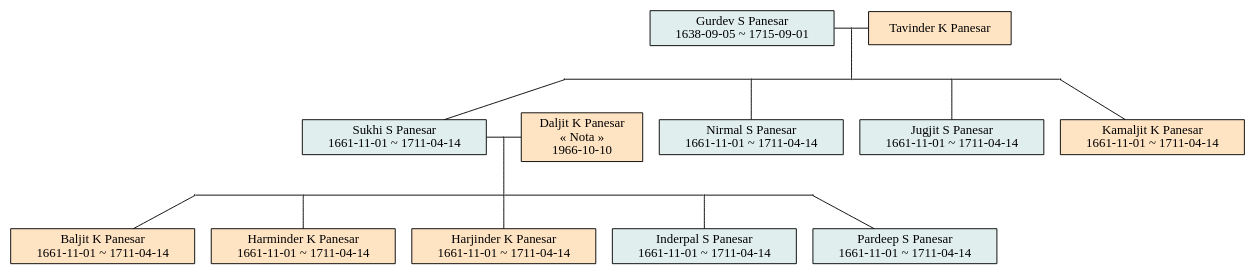
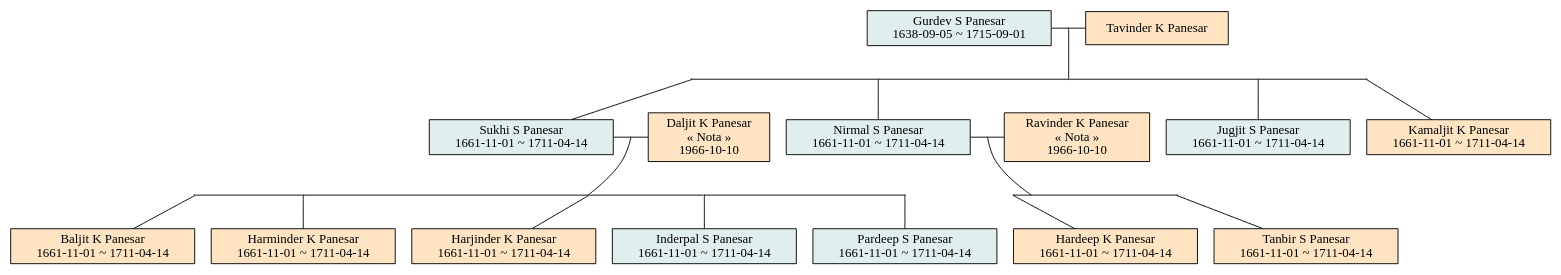
Before and after one commit to indipanesar96/familytreemaker: the diagram in Panesarfamily.dot, drawn with Graphviz. The commit also changed 2 other files, not shown here.

Commit message:
Added Nirmal

```diff
--- a/Panesarfamily.dot
+++ b/Panesarfamily.dot
@@ -1,64 +1,79 @@
 digraph {
 	node [shape=box];
 	edge [dir=none];
 
 	GurdevSPanesar[label="Gurdev S Panesar\n1638-09-05 ~ 1715-09-01",style=filled,fillcolor=azure2];
 	TavinderKPanesar[label="Tavinder K Panesar",style=filled,fillcolor=bisque];
 	Sukhi[label="Sukhi S Panesar\n1661-11-01 ~ 1711-04-14",style=filled,fillcolor=azure2];
-	Nim[label="Nirmal S Panesar\n1661-11-01 ~ 1711-04-14",style=filled,fillcolor=azure2];
+	Nirmal[label="Nirmal S Panesar\n1661-11-01 ~ 1711-04-14",style=filled,fillcolor=azure2];
 	Jugjit[label="Jugjit S Panesar\n1661-11-01 ~ 1711-04-14",style=filled,fillcolor=azure2];
 	Kamaljit[label="Kamaljit K Panesar\n1661-11-01 ~ 1711-04-14",style=filled,fillcolor=bisque];
 	DaljitKPanesar[label="Daljit K Panesar\n« Nota »\n1966-10-10",style=filled,fillcolor=bisque];
 	Baljit[label="Baljit K Panesar\n1661-11-01 ~ 1711-04-14",style=filled,fillcolor=bisque];
 	Harminder[label="Harminder K Panesar\n1661-11-01 ~ 1711-04-14",style=filled,fillcolor=bisque];
 	Harjinder[label="Harjinder K Panesar\n1661-11-01 ~ 1711-04-14",style=filled,fillcolor=bisque];
 	Inderpal[label="Inderpal S Panesar\n1661-11-01 ~ 1711-04-14",style=filled,fillcolor=azure2];
 	Pardeep[label="Pardeep S Panesar\n1661-11-01 ~ 1711-04-14",style=filled,fillcolor=azure2];
+	Ravinder[label="Ravinder K Panesar\n« Nota »\n1966-10-10",style=filled,fillcolor=bisque];
+	Hardeep[label="Hardeep K Panesar\n1661-11-01 ~ 1711-04-14",style=filled,fillcolor=bisque];
+	Tanbir[label="Tanbir S Panesar\n1661-11-01 ~ 1711-04-14",style=filled,fillcolor=bisque];
 
 	{ rank=same;
 		GurdevSPanesar -> h0 -> TavinderKPanesar;
 		h0[shape=circle,label="",height=0.01,width=0.01];
 	}
 	{ rank=same;
 		h0_0 -> h0_1 -> h0_2 -> h0_3 -> h0_4;
 		h0_0[shape=circle,label="",height=0.01,width=0.01];
 		h0_1[shape=circle,label="",height=0.01,width=0.01];
 		h0_2[shape=circle,label="",height=0.01,width=0.01];
 		h0_3[shape=circle,label="",height=0.01,width=0.01];
 		h0_4[shape=circle,label="",height=0.01,width=0.01];
 	}
 		h0 -> h0_2;
 		h0_0 -> Sukhi;
-		h0_1 -> Nim;
+		h0_1 -> Nirmal;
 		h0_3 -> Jugjit;
 		h0_4 -> Kamaljit;
 	{ rank=same;
 		Sukhi -> h1 -> DaljitKPanesar;
 		h1[shape=circle,label="",height=0.01,width=0.01];
-		DaljitKPanesar -> Nim [style=invis];
-		Nim -> Jugjit [style=invis];
+		DaljitKPanesar -> Nirmal [style=invis];
+		Nirmal -> h2 -> Ravinder;
+		h2[shape=circle,label="",height=0.01,width=0.01];
+		Ravinder -> Jugjit [style=invis];
 		Jugjit -> Kamaljit [style=invis];
 	}
 	{ rank=same;
 		h1_0 -> h1_1 -> h1_2 -> h1_3 -> h1_4;
 		h1_0[shape=circle,label="",height=0.01,width=0.01];
 		h1_1[shape=circle,label="",height=0.01,width=0.01];
 		h1_2[shape=circle,label="",height=0.01,width=0.01];
 		h1_3[shape=circle,label="",height=0.01,width=0.01];
 		h1_4[shape=circle,label="",height=0.01,width=0.01];
+		h1_4 -> h2_0 [style=invis];
+		h2_0 -> h2_1 -> h2_2;
+		h2_0[shape=circle,label="",height=0.01,width=0.01];
+		h2_1[shape=circle,label="",height=0.01,width=0.01];
+		h2_2[shape=circle,label="",height=0.01,width=0.01];
 	}
 		h1 -> h1_2;
 		h1_0 -> Baljit;
 		h1_1 -> Harminder;
 		h1_2 -> Harjinder;
 		h1_3 -> Inderpal;
 		h1_4 -> Pardeep;
+		h2 -> h2_1;
+		h2_0 -> Hardeep;
+		h2_2 -> Tanbir;
 	{ rank=same;
 		Baljit -> Harminder [style=invis];
 		Harminder -> Harjinder [style=invis];
 		Harjinder -> Inderpal [style=invis];
 		Inderpal -> Pardeep [style=invis];
+		Pardeep -> Hardeep [style=invis];
+		Hardeep -> Tanbir [style=invis];
 	}
 	{ rank=same;
 	}
 }
```
